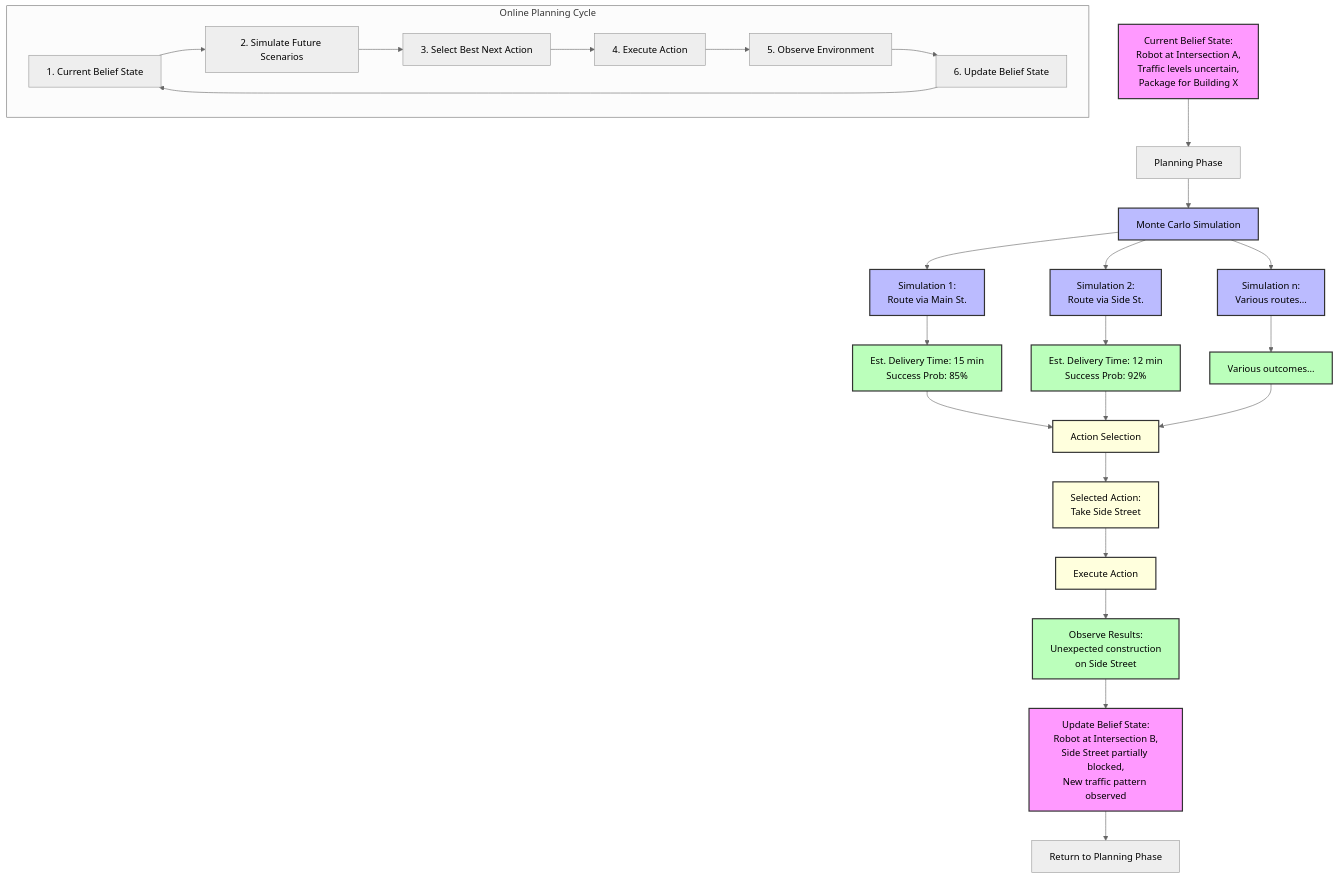
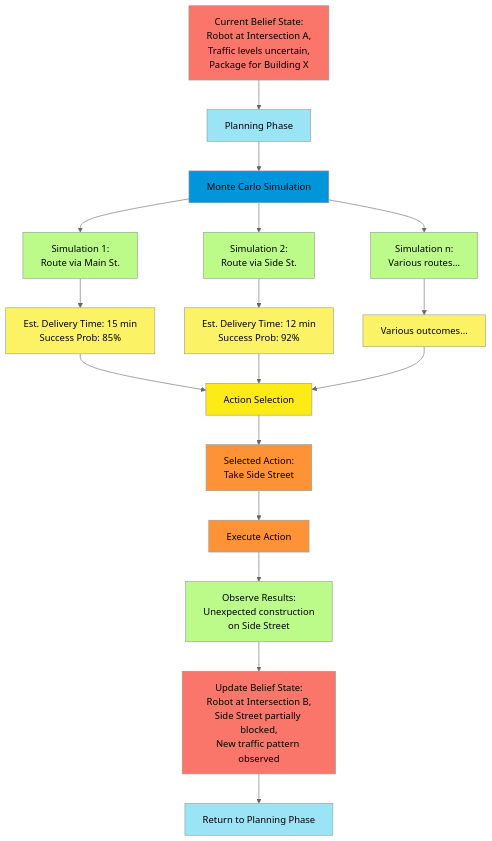
Before and after one commit to Chaklader/progression-search-agent: the fourth of 10 diagrams in C_2.md, drawn with Mermaid (neutral theme). The commit also changed other lines of this file, not shown here.

Commit message:
The commit is successful

````diff
--- a/C_2.md
+++ b/C_2.md
@@ -3912,62 +3912,44 @@
 ```mermaid
-graph TD
-    %% Define node styles
-    classDef agentState fill:#f9f,stroke:#333,stroke-width:2px
-    classDef simulationNode fill:#bbf,stroke:#333,stroke-width:2px
-    classDef executionNode fill:#ffd,stroke:#333,stroke-width:2px
-    classDef observationNode fill:#bfb,stroke:#333,stroke-width:2px
+flowchart TD
+    BS["Current Belief State:<br>Robot at Intersection A,<br>Traffic levels uncertain,<br>Package for Building X"] --> PL["Planning Phase"]
 
-    %% Current belief state
-    BS[Current Belief State:<br>Robot at Intersection A,<br>Traffic levels uncertain,<br>Package for Building X] --> PL[Planning Phase]
+    PL --> MC["Monte Carlo Simulation"]
 
-    PL --> MC[Monte Carlo Simulation]
+    MC --> S1["Simulation 1:<br>Route via Main St."]
+    MC --> S2["Simulation 2:<br>Route via Side St."]
+    MC --> S3["Simulation n:<br>Various routes..."]
 
-    %% Monte Carlo Tree Search simulations
-    MC --> S1[Simulation 1:<br>Route via Main St.]
-    MC --> S2[Simulation 2:<br>Route via Side St.]
-    MC --> S3[Simulation n:<br>Various routes...]
+    S1 --> ES1["Est. Delivery Time: 15 min<br>Success Prob: 85%"]
+    S2 --> ES2["Est. Delivery Time: 12 min<br>Success Prob: 92%"]
+    S3 --> ES3["Various outcomes..."]
 
-    %% Evaluating simulation results
-    S1 --> ES1[Est. Delivery Time: 15 min<br>Success Prob: 85%]
-    S2 --> ES2[Est. Delivery Time: 12 min<br>Success Prob: 92%]
-    S3 --> ES3[Various outcomes...]
-
-    %% Action selection
-    ES1 --> AS[Action Selection]
+    ES1 --> AS["Action Selection"]
     ES2 --> AS
     ES3 --> AS
 
-    %% Selected action
-    AS --> A1[Selected Action:<br>Take Side Street]
+    AS --> A1["Selected Action:<br>Take Side Street"]
 
-    %% Execution
-    A1 --> EX[Execute Action]
+    A1 --> EX["Execute Action"]
 
-    %% Observation
-    EX --> OB[Observe Results:<br>Unexpected construction<br>on Side Street]
+    EX --> OB["Observe Results:<br>Unexpected construction<br>on Side Street"]
 
-    %% Update belief
-    OB --> UB[Update Belief State:<br>Robot at Intersection B,<br>Side Street partially blocked,<br>New traffic pattern observed]
+    OB --> UB["Update Belief State:<br>Robot at Intersection B,<br>Side Street partially blocked,<br>New traffic pattern observed"]
 
-    %% Loop back to planning
-    UB --> PL2[Return to Planning Phase]
+    UB --> PL2["Return to Planning Phase"]
 
-    %% Apply styles
-    class BS,UB agentState
-    class MC,S1,S2,S3 simulationNode
-    class AS,A1,EX executionNode
-    class ES1,ES2,ES3,OB observationNode
-
-    %% Additional nodes for explanation
-    subgraph "Online Planning Cycle"
-        CY1["1. Current Belief State"]
-        CY2["2. Simulate Future Scenarios"]
-        CY3["3. Select Best Next Action"]
-        CY4["4. Execute Action"]
-        CY5["5. Observe Environment"]
-        CY6["6. Update Belief State"]
-
-        CY1 --> CY2 --> CY3 --> CY4 --> CY5 --> CY6
-        CY6 --> CY1
-    end
+    style BS fill:#FA756A
+    style PL fill:#9AE4F5
+    style MC fill:#0096D9
+    style S1 fill:#BCFB89
+    style S2 fill:#BCFB89
+    style S3 fill:#BCFB89
+    style ES1 fill:#FBF266
+    style ES2 fill:#FBF266
+    style ES3 fill:#FBF266
+    style AS fill:#FCEB14
+    style A1 fill:#FE9237
+    style EX fill:#FE9237
+    style OB fill:#BCFB89
+    style UB fill:#FA756A
+    style PL2 fill:#9AE4F5
 ```
````
